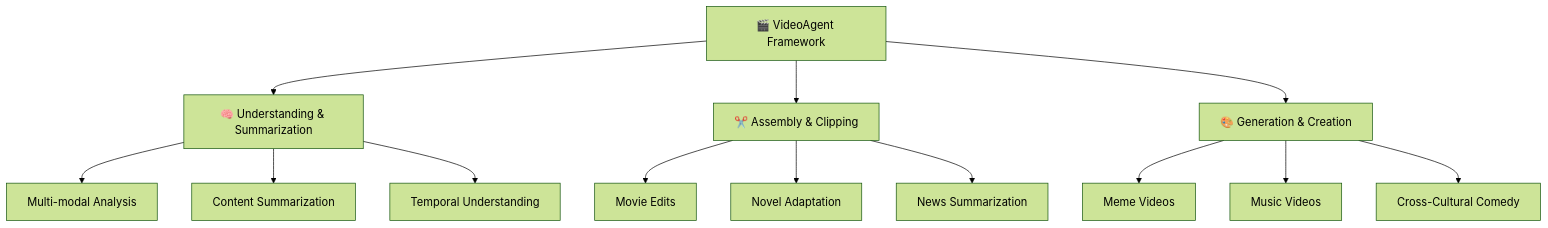
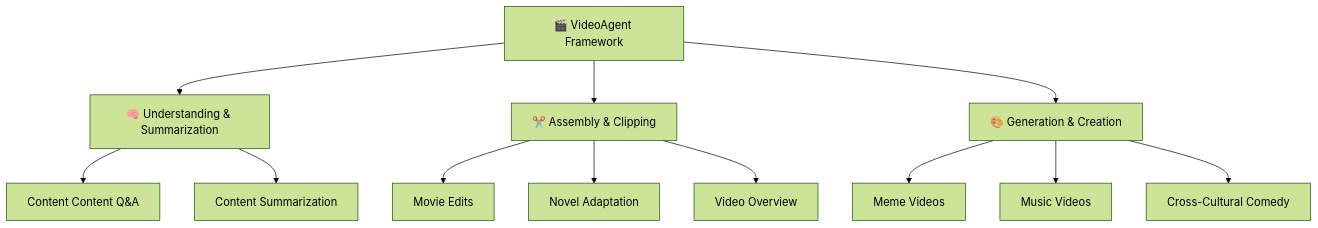
Before and after one commit to Quocadmin/VideoAgent: the diagram in readme.md, drawn with Mermaid (forest theme). The commit also changed other lines of this file, not shown here.

````diff
--- a/readme.md
+++ b/readme.md
@@ -62,18 +62,17 @@
 ```mermaid
 graph TB
     A[🎬 VideoAgent Framework] --> B[🧠 Understanding & Summarization]
     A --> C[✂️ Assembly & Clipping]
     A --> D[🎨 Generation & Creation]
     
-    B --> B1[Multi-modal Analysis]
+    B --> B1[Content Content Q&A]
     B --> B2[Content Summarization]
-    B --> B3[Temporal Understanding]
     
     C --> C1[Movie Edits]
     C --> C2[Novel Adaptation]
-    C --> C3[News Summarization]
+    C --> C3[Video Overview]
     
     D --> D1[Meme Videos]
     D --> D2[Music Videos]
     D --> D3[Cross-Cultural Comedy]
 ```
````
